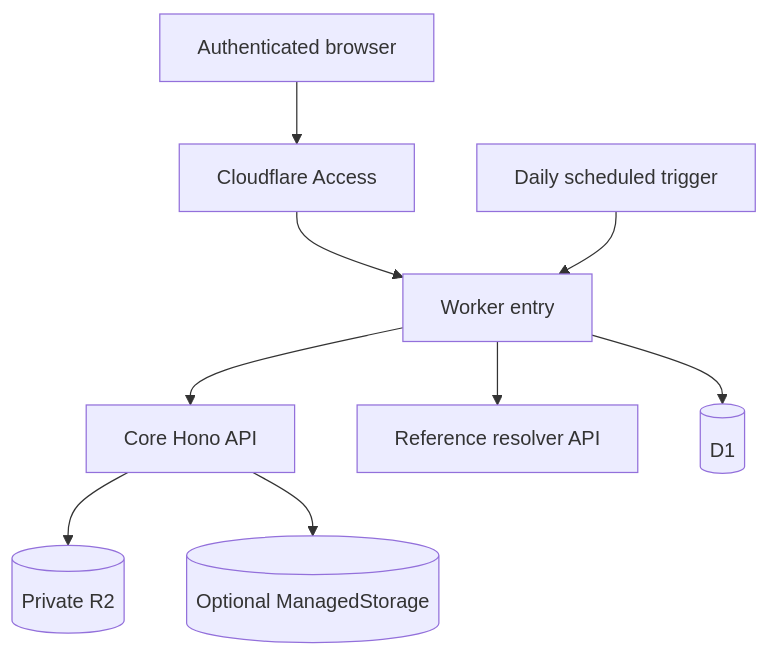
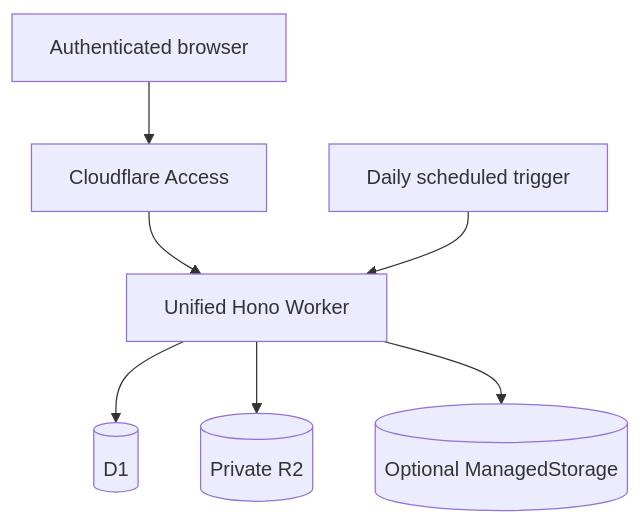
The diagram in docs/ARCHITECTURE.md (BeiqiD/sample-fabrication-workflow), drawn with Mermaid before and after one commit. The commit also changed other lines of this file and 19 other files, not shown here.

````diff
--- a/docs/ARCHITECTURE.md
+++ b/docs/ARCHITECTURE.md
@@ -7,11 +7,9 @@
 ```mermaid
 flowchart TD
   U[Authenticated browser] --> A[Cloudflare Access]
-  A --> E[Worker entry]
-  E --> W[Core Hono API]
-  E --> Q[Reference resolver API]
-  C[Daily scheduled trigger] --> E
-  E --> D[(D1)]
+  A --> W[Unified Hono Worker]
+  C[Daily scheduled trigger] --> W
+  W --> D[(D1)]
   W --> R[(Private R2)]
   W --> M[(Optional ManagedStorage)]
 ```
````
